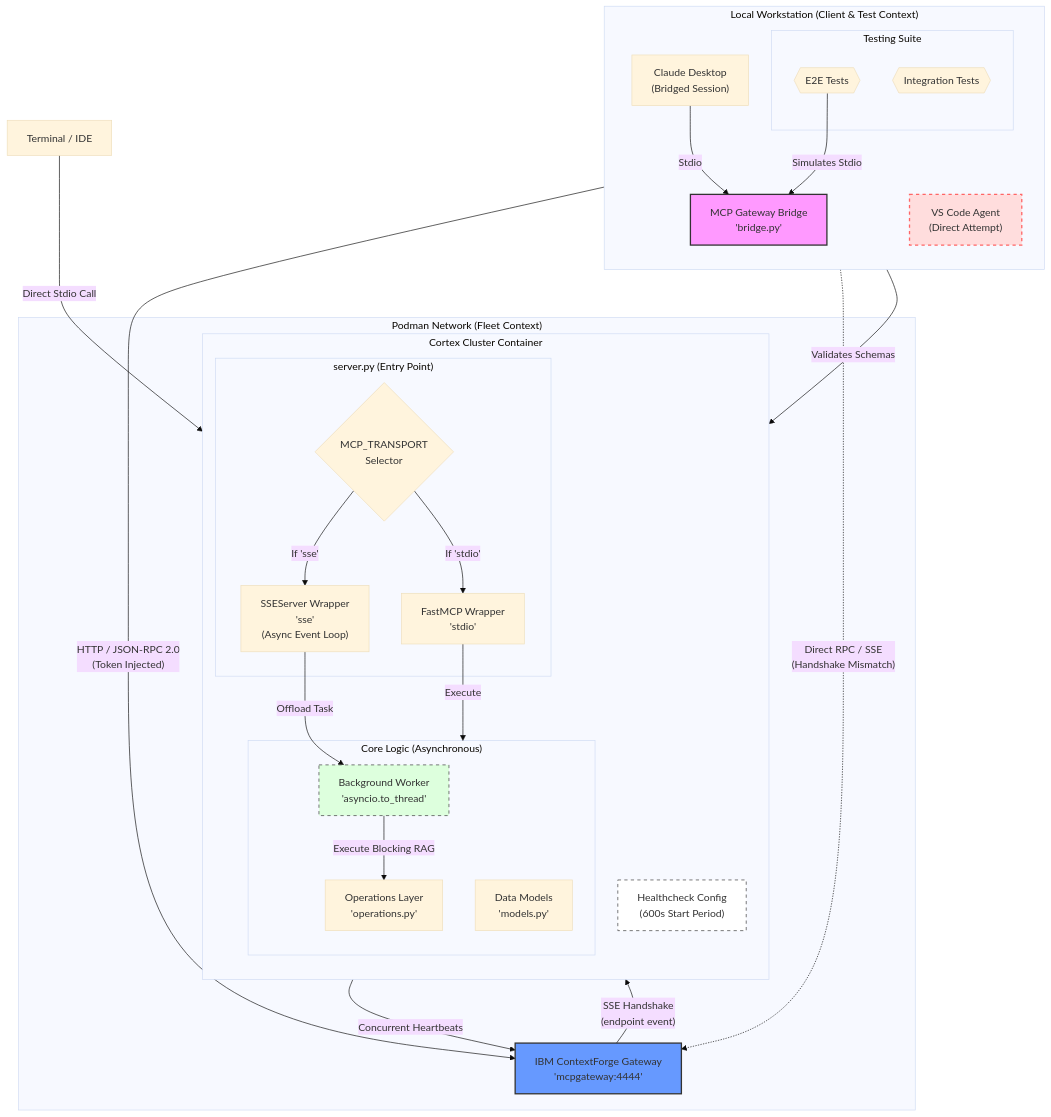
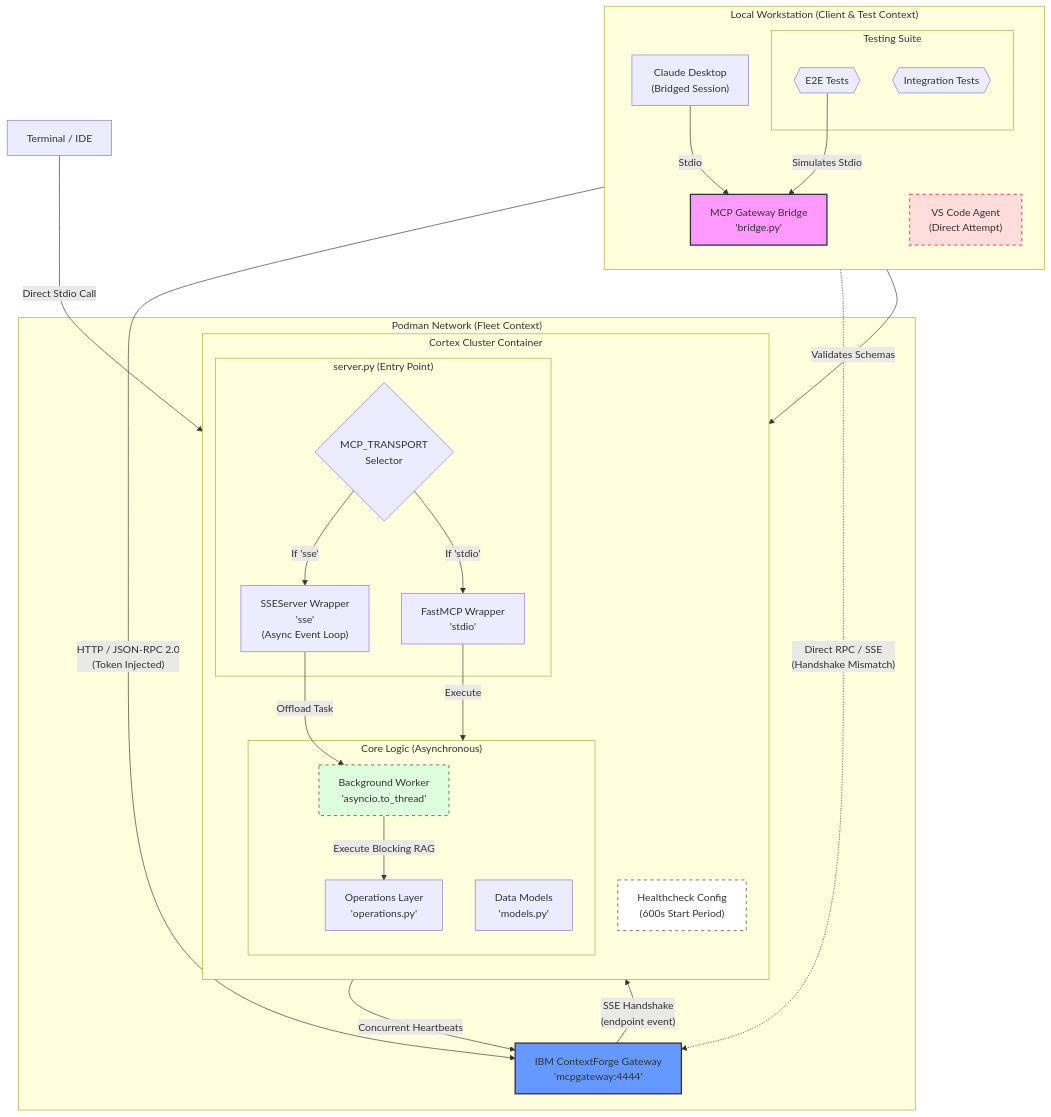
The third of 7 diagrams in README.md (richfrem/Project_Sanctuary), drawn with Mermaid before and after one commit. The commit also changed other lines of this file and 92 other files, not shown here.

````diff
--- a/README.md
+++ b/README.md
@@ -182,72 +177,67 @@
 ```mermaid
----
-config:
-  theme: base
-  layout: dagre
----
 flowchart TB
  subgraph subGraph0["Local Workstation (Client & Test Context)"]
         direction TB
         Claude["Claude Desktop<br/>(Bridged Session)"]
         VSCode["VS Code Agent<br/>(Direct Attempt)"]
-        Bridge@{ label: "MCP Gateway Bridge<br/>'bridge.py'" }
+        Bridge["MCP Gateway Bridge<br/>'bridge.py'"]
         
         subgraph subGraphTest["Testing Suite"]
             E2E_Test{{E2E Tests}}
             Int_Test{{Integration Tests}}
         end
   end
 
  subgraph subGraph1["server.py (Entry Point)"]
         Selector{"MCP_TRANSPORT<br/>Selector"}
-        StdioWrap@{ label: "FastMCP Wrapper<br/>'stdio'" }
-        SSEWrap@{ label: "SSEServer Wrapper<br/>'sse'<br/>(Async Event Loop)" }
+        StdioWrap["FastMCP Wrapper<br/>'stdio'"]
+        SSEWrap["SSEServer Wrapper<br/>'sse'<br/>(Async Event Loop)"]
   end
 
  subgraph subGraph2["Core Logic (Asynchronous)"]
-        Worker@{ label: "Background Worker<br/>'asyncio.to_thread'"}
-        Ops@{ label: "Operations Layer<br/>'operations.py'" }
-        Models@{ label: "Data Models<br/>'models.py'" }
+        Worker["Background Worker<br/>'asyncio.to_thread'"]
+        Ops["Operations Layer<br/>'operations.py'"]
+        Models["Data Models<br/>'models.py'"]
   end
 
  subgraph subGraph3["Cortex Cluster Container"]
     direction TB
         subGraph1
         subGraph2
         Health["Healthcheck Config<br/>(600s Start Period)"]
   end
 
  subgraph subGraph4["Podman Network (Fleet Context)"]
-        Gateway@{ label: "IBM ContextForge Gateway<br/>'mcpgateway:4444'" }
+        Gateway["IBM ContextForge Gateway<br/>'mcpgateway:4444'"]
         subGraph3
   end
 
     %% COMPLIANT PATH (Claude / Production)
     Claude -- "Stdio" --> Bridge
     Bridge -- "HTTP / JSON-RPC 2.0<br/>(Token Injected)" --> Gateway
     E2E_Test -- "Simulates Stdio" --> Bridge
 
     %% NON-COMPLIANT SHORTCUT (The 'Efficiency Trap')
     VSCode -. "Direct RPC / SSE<br/>(Handshake Mismatch)" .-> Gateway
 
     %% EXECUTION FLOW
     Gateway -- "SSE Handshake<br/>(endpoint event)" --> SSEWrap
     SSEWrap -- "Offload Task" --> Worker
     Worker -- "Execute Blocking RAG" --> Ops
     SSEWrap -- "Concurrent Heartbeats" --> Gateway
 
     %% Integration / Developer Flow
     IDE["Terminal / IDE"] -- "Direct Stdio Call" --> StdioWrap
     Int_Test -- "Validates Schemas" --> subGraph1
     StdioWrap -- "Execute" --> subGraph2
 
     %% Logic Selection
     Selector -- "If 'stdio'" --> StdioWrap
     Selector -- "If 'sse'" --> SSEWrap
 
     style Bridge fill:#f9f,stroke:#333,stroke-width:2px
     style VSCode fill:#fdd,stroke:#f66,stroke-width:2px,stroke-dasharray: 5 5
     style Gateway fill:#69f,stroke:#333,stroke-width:2px
     style Worker fill:#dfd,stroke:#333,stroke-dasharray: 5 5
     style Health fill:#fff,stroke:#333,stroke-dasharray: 5 5
 ```
````
